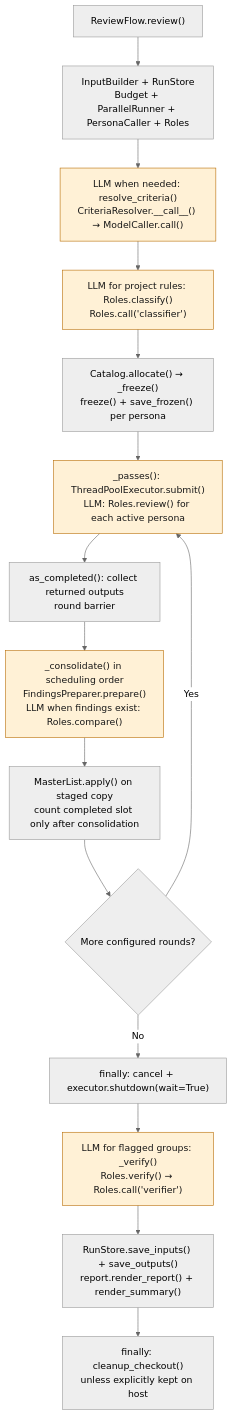
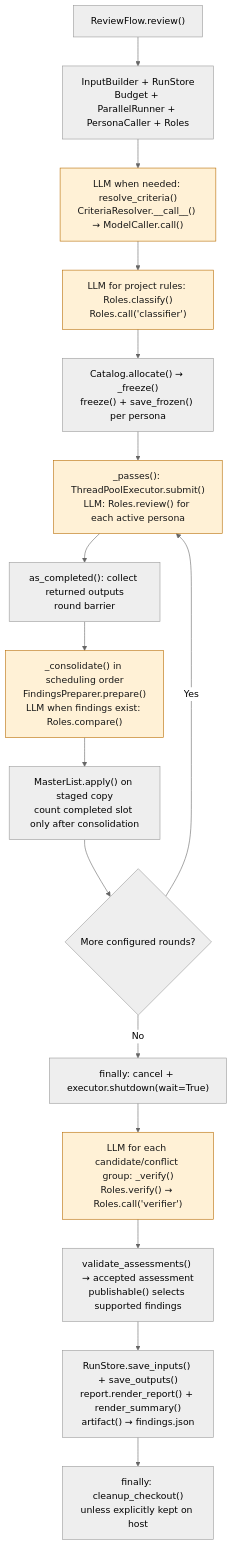
Before and after one commit to sskelkar/code-reviewer: the third of 6 diagrams in docs/project-explainer.md, drawn with Mermaid (neutral theme). The commit also changed other lines of this file and 46 other files, not shown here.

Commit message:
Verify every candidate before publishing review findings

````diff
--- a/docs/project-explainer.md
+++ b/docs/project-explainer.md
@@ -119,19 +119,20 @@
 ```mermaid
 flowchart TD
     START["ReviewFlow.review()"] --> INPUT["InputBuilder + RunStore<br/>Budget + ParallelRunner + PersonaCaller + Roles"]
     INPUT --> RES["LLM when needed: resolve_criteria()<br/>CriteriaResolver.__call__() → ModelCaller.call()"]
     RES --> CLASS["LLM for project rules: Roles.classify()<br/>Roles.call('classifier')"]
     CLASS --> FREEZE["Catalog.allocate() → _freeze()<br/>freeze() + save_frozen() per persona"]
     FREEZE --> ROUND["_passes(): ThreadPoolExecutor.submit()<br/>LLM: Roles.review() for each active persona"]
     ROUND --> WAIT["as_completed(): collect returned outputs<br/>round barrier"]
     WAIT --> MERGE["_consolidate() in scheduling order<br/>FindingsPreparer.prepare()<br/>LLM when findings exist: Roles.compare()"]
     MERGE --> APPLY["MasterList.apply() on staged copy<br/>count completed slot only after consolidation"]
     APPLY --> NEXT{"More configured rounds?"}
     NEXT -->|Yes| ROUND
     NEXT -->|No| JOIN["finally: cancel + executor.shutdown(wait=True)"]
-    JOIN --> VERIFY["LLM for flagged groups: _verify()<br/>Roles.verify() → Roles.call('verifier')"]
-    VERIFY --> REPORT["RunStore.save_inputs() + save_outputs()<br/>report.render_report() + render_summary()"]
+    JOIN --> VERIFY["LLM for each candidate/conflict group: _verify()<br/>Roles.verify() → Roles.call('verifier')"]
+    VERIFY --> GATE["validate_assessments() → accepted assessment<br/>publishable() selects supported findings"]
+    GATE --> REPORT["RunStore.save_inputs() + save_outputs()<br/>report.render_report() + render_summary()<br/>artifact() → findings.json"]
     REPORT --> CLEAN["finally: cleanup_checkout()<br/>unless explicitly kept on host"]
     classDef llm fill:#fff1d6,stroke:#b76b00,color:#171717
     class RES,CLASS,ROUND,MERGE,VERIFY llm
 ```
````
